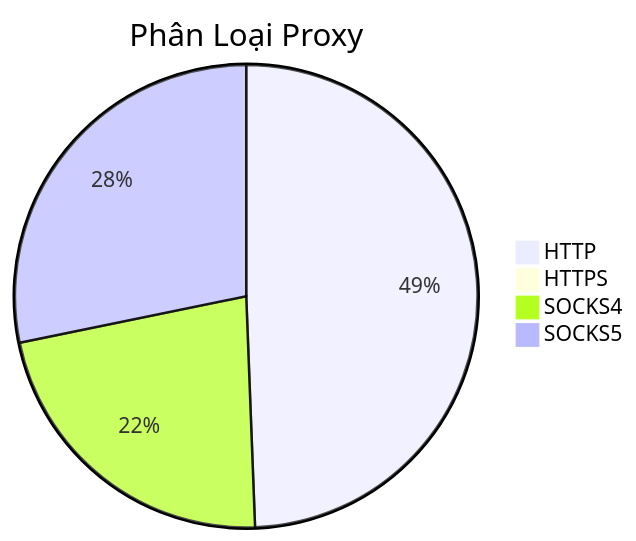
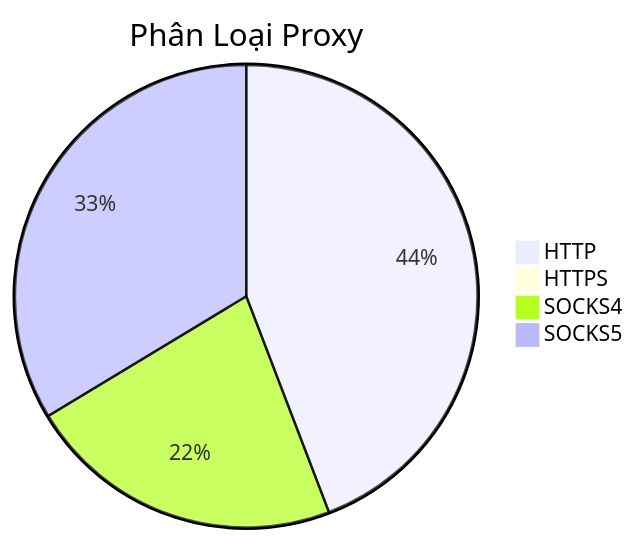
One commit to Ciara-Aa/PROXY-free changed the diagram in README.md. Above: the diagram before and after it, drawn with Mermaid. The commit also changed other lines of this file and 4 other files, not shown here.

````diff
--- a/README.md
+++ b/README.md
@@ -26,7 +26,7 @@
 ```mermaid
 pie title Phân Loại Proxy
-    "HTTP" : 406
+    "HTTP" : 277
     "HTTPS" : 3
-    "SOCKS4" : 184
-    "SOCKS5" : 232
+    "SOCKS4" : 139
+    "SOCKS5" : 211
 ```
````
